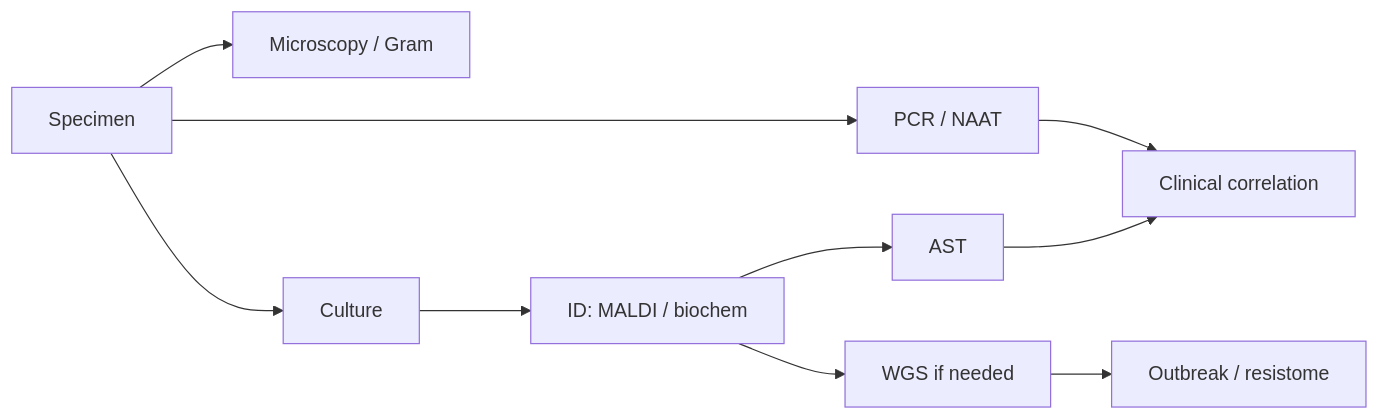
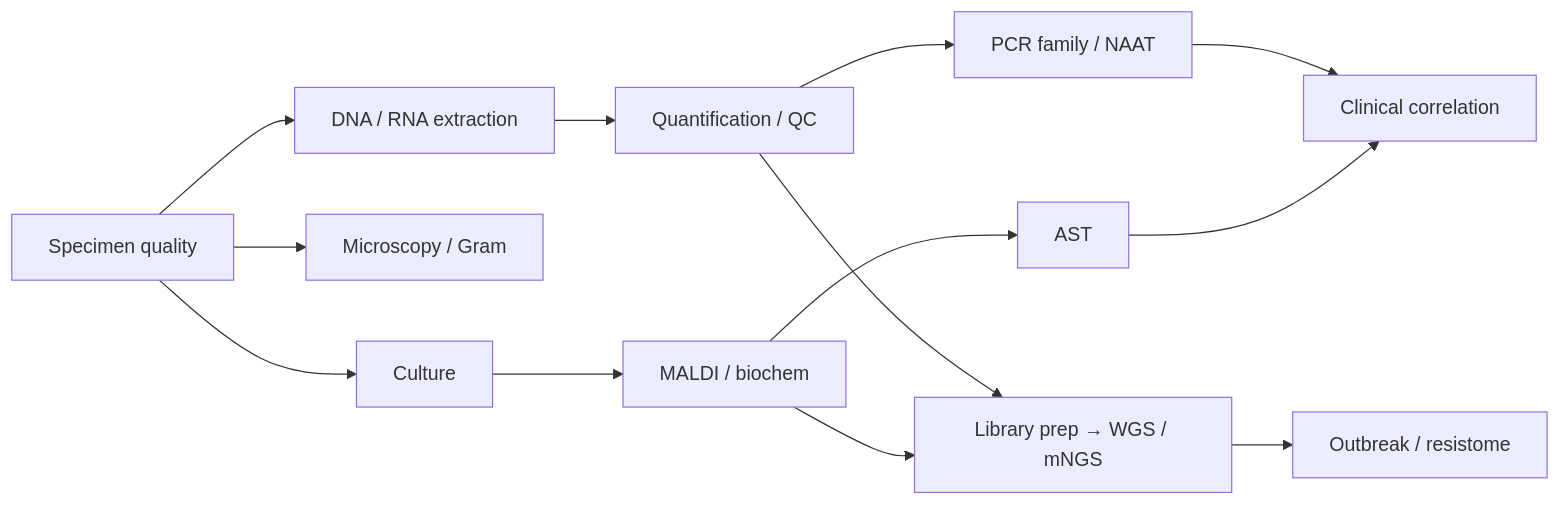
The diagram in content/02_Core_Concepts/MOC - Diagnostic & Lab Methods.md (piranfar/Microbiology_Encyclopedia), drawn with Mermaid before and after one commit. The commit also changed other lines of this file and 141 other files, not shown here.

````diff
--- a/content/02_Core_Concepts/MOC - Diagnostic & Lab Methods.md
+++ b/content/02_Core_Concepts/MOC - Diagnostic & Lab Methods.md
@@ -61,12 +24,15 @@
 ```mermaid
 flowchart LR
-  Spec[Specimen] --> Micro[Microscopy / Gram]
+  Spec[Specimen quality] --> Ext[DNA / RNA extraction]
+  Ext --> Quant[Quantification / QC]
+  Spec --> Micro[Microscopy / Gram]
   Spec --> Cult[Culture]
-  Spec --> Mol[PCR / NAAT]
-  Cult --> ID[ID: MALDI / biochem]
+  Quant --> PCR[PCR family / NAAT]
+  Quant --> NGS[Library prep → WGS / mNGS]
+  Cult --> ID[MALDI / biochem]
   ID --> AST[AST]
-  Mol --> Clin[Clinical correlation]
+  PCR --> Clin[Clinical correlation]
   AST --> Clin
-  ID --> WGS[WGS if needed]
-  WGS --> Epi[Outbreak / resistome]
+  NGS --> Epi[Outbreak / resistome]
+  ID --> NGS
 ```
````
